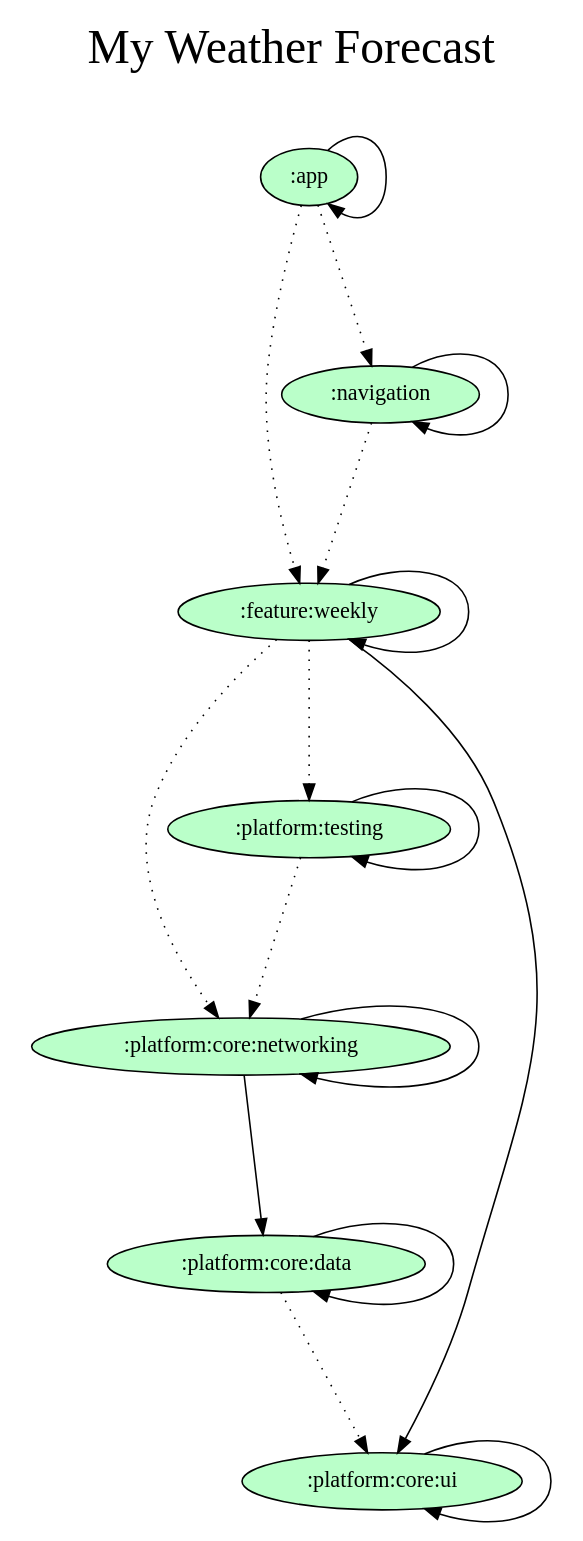
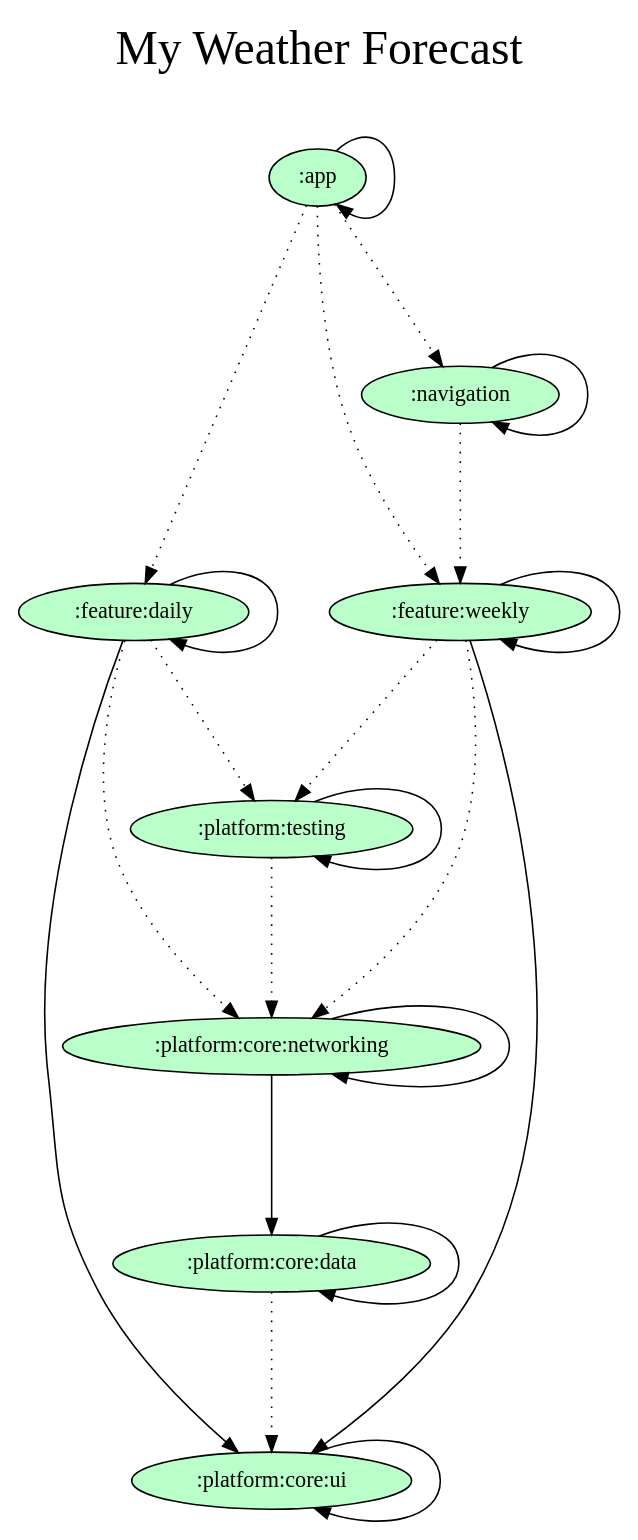
One commit to orogersilva/myweatherforecast changed the diagram in gradle/dependency-graph/project.dot. Above: the diagram before and after it, drawn with Graphviz. The commit also changed 1 other file, not shown here.

Commit message:
docs: Updating dependency graph

```diff
--- a/gradle/dependency-graph/project.dot
+++ b/gradle/dependency-graph/project.dot
@@ -1,36 +1,42 @@
 digraph {
   graph [label="My Weather Forecast\n ",labelloc=t,fontsize=30,ranksep=1.4];
   node [style=filled, fillcolor="#bbbbbb"];
   rankdir=TB;
 
   # Projects
 
   ":app" [fillcolor="#baffc9"];
+  ":feature:daily" [fillcolor="#baffc9"];
   ":feature:weekly" [fillcolor="#baffc9"];
   ":navigation" [fillcolor="#baffc9"];
   ":platform:core:data" [fillcolor="#baffc9"];
   ":platform:core:networking" [fillcolor="#baffc9"];
   ":platform:core:ui" [fillcolor="#baffc9"];
   ":platform:testing" [fillcolor="#baffc9"];
 
   {rank = same;}
 
   # Dependencies
 
   ":app" -> ":app"
+  ":app" -> ":feature:daily" [style=dotted]
   ":app" -> ":feature:weekly" [style=dotted]
   ":app" -> ":navigation" [style=dotted]
   ":navigation" -> ":navigation"
   ":navigation" -> ":feature:weekly" [style=dotted]
+  ":feature:daily" -> ":platform:core:ui"
+  ":feature:daily" -> ":feature:daily"
+  ":feature:daily" -> ":platform:core:networking" [style=dotted]
+  ":feature:daily" -> ":platform:testing" [style=dotted]
   ":feature:weekly" -> ":platform:core:ui"
   ":feature:weekly" -> ":feature:weekly"
   ":feature:weekly" -> ":platform:core:networking" [style=dotted]
   ":feature:weekly" -> ":platform:testing" [style=dotted]
   ":platform:testing" -> ":platform:testing"
   ":platform:testing" -> ":platform:core:networking" [style=dotted]
   ":platform:core:data" -> ":platform:core:data"
   ":platform:core:data" -> ":platform:core:ui" [style=dotted]
   ":platform:core:networking" -> ":platform:core:data"
   ":platform:core:networking" -> ":platform:core:networking"
   ":platform:core:ui" -> ":platform:core:ui"
 }
```
